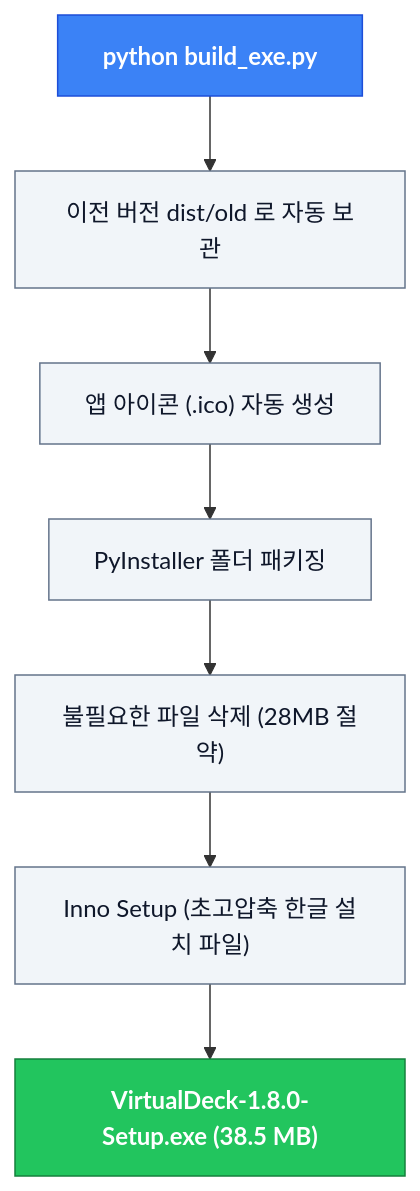
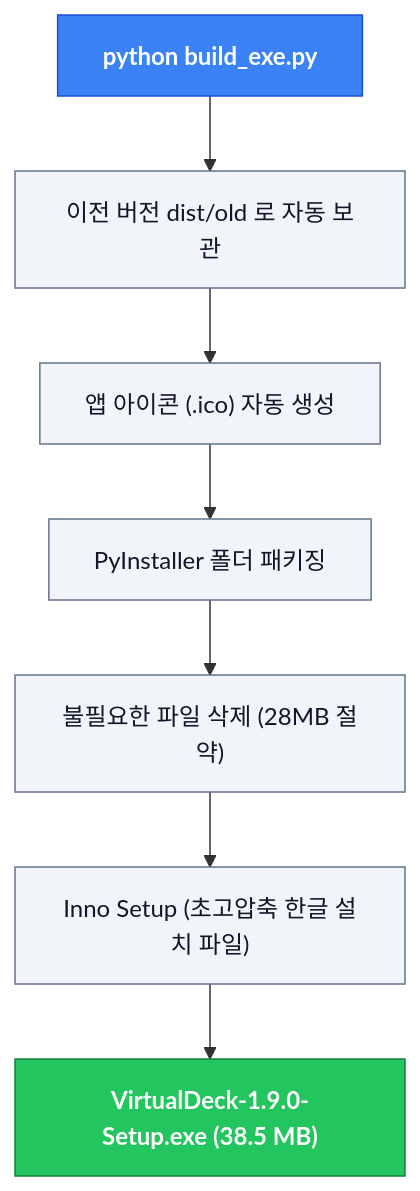
The seventh of 7 diagrams in README.md (sh11025/Virtual_Deck), drawn with Mermaid before and after one commit. The commit also changed other lines of this file and 18 other files, not shown here.

````diff
--- a/README.md
+++ b/README.md
@@ -343,13 +343,13 @@
 ```mermaid
 flowchart TD
     classDef head fill:#3b82f6,stroke:#1d4ed8,color:#ffffff,font-weight:bold;
     classDef box fill:#f1f5f9,stroke:#64748b,color:#0f172a;
     classDef done fill:#22c55e,stroke:#15803d,color:#ffffff,font-weight:bold;
 
     A["python build_exe.py"]:::head --> B["이전 버전 dist/old 로 자동 보관"]:::box
     B --> C["앱 아이콘 (.ico) 자동 생성"]:::box
     C --> D["PyInstaller 폴더 패키징"]:::box
     D --> E["불필요한 파일 삭제 (28MB 절약)"]:::box
     E --> F["Inno Setup (초고압축 한글 설치 파일)"]:::box
-    F --> G["VirtualDeck-1.8.0-Setup.exe (38.5 MB)"]:::done
+    F --> G["VirtualDeck-1.9.0-Setup.exe (38.5 MB)"]:::done
 ```
````
